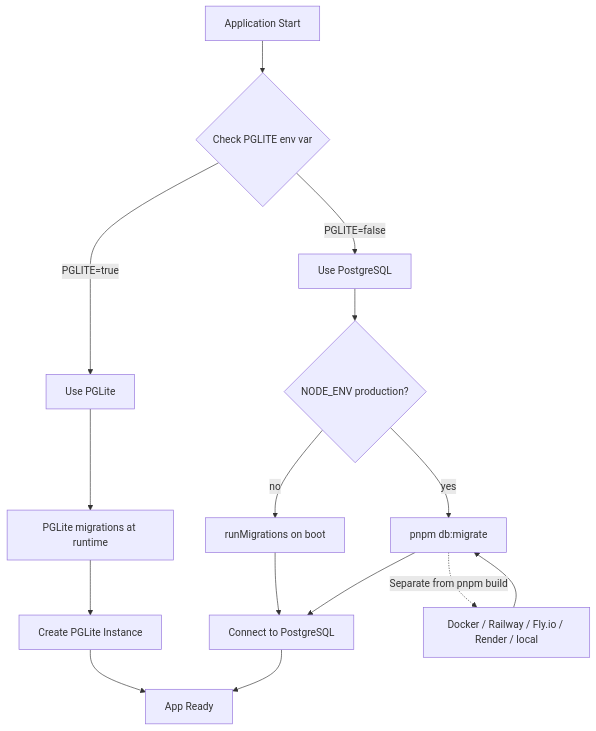
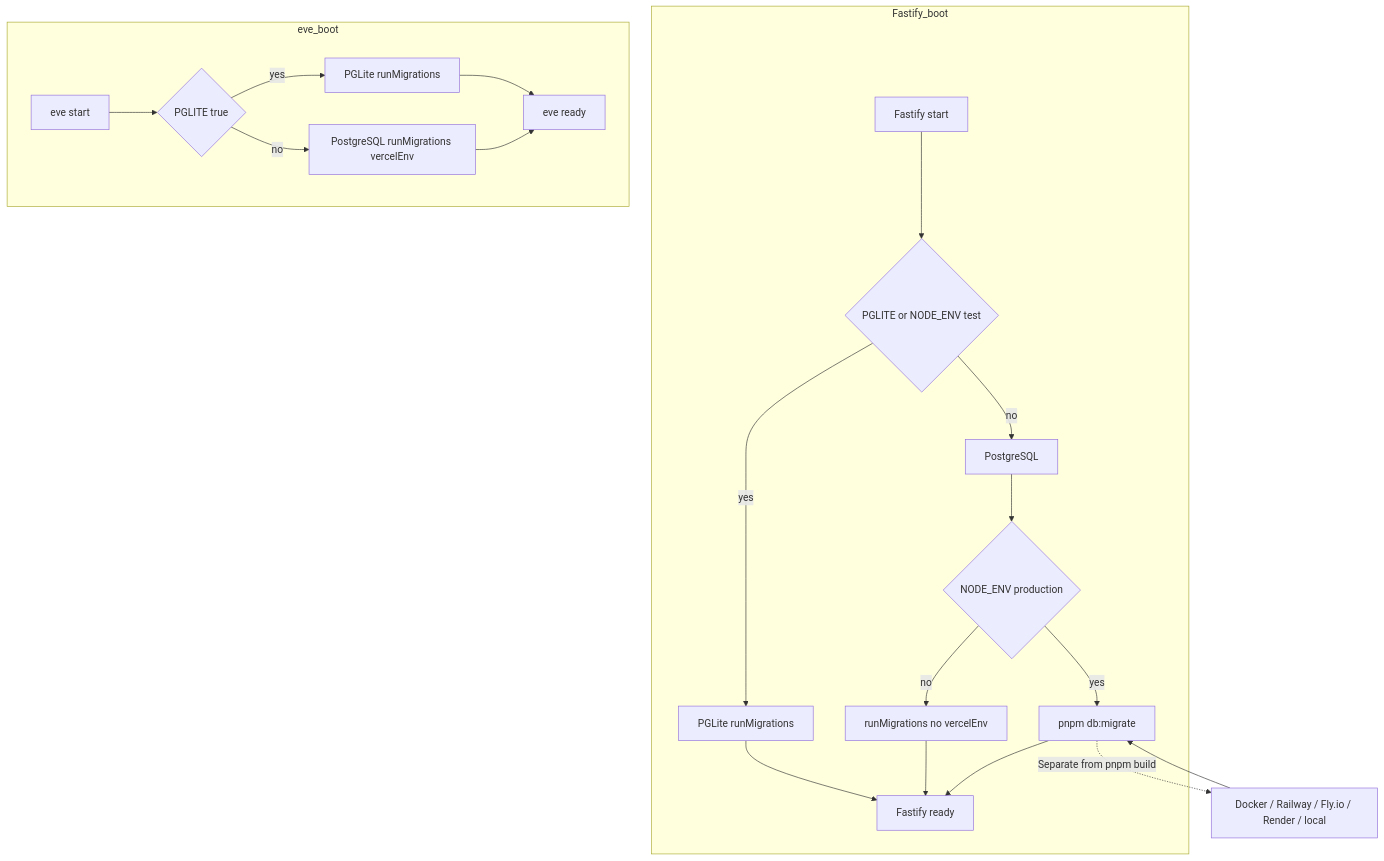
The diagram in apps/docu/content/docs/adrs/008-database.mdx (blockmatic/basilic), drawn with Mermaid before and after one commit. The commit also changed 15 other files, not shown here.

````diff
--- a/apps/docu/content/docs/adrs/008-database.mdx
+++ b/apps/docu/content/docs/adrs/008-database.mdx
@@ -170,20 +170,25 @@
 ```mermaid
 flowchart TD
-    Start[Application Start] --> CheckEnv{Check PGLITE env var}
-    CheckEnv -->|PGLITE=true| UsePGLite[Use PGLite]
-    CheckEnv -->|PGLITE=false| UsePostgres[Use PostgreSQL]
+  subgraph fastifyBoot [Fastify_boot]
+    FStart[Fastify start] --> FCheck{"PGLITE or NODE_ENV test"}
+    FCheck -->|yes| FLite[PGLite runMigrations]
+    FCheck -->|no| FPg[PostgreSQL]
+    FPg --> FProd{"NODE_ENV production"}
+    FProd -->|no| FDev[runMigrations no vercelEnv]
+    FProd -->|yes| MigratePhase[pnpm db:migrate]
+    FLite --> FReady[Fastify ready]
+    FDev --> FReady
+    MigratePhase --> FReady
+  end
 
-    UsePGLite --> RuntimeMigrate[PGLite migrations at runtime]
-    RuntimeMigrate --> CreateInstance[Create PGLite Instance]
-    CreateInstance --> AppReady[App Ready]
+  subgraph eveBoot [eve_boot]
+    EStart[eve start] --> ECheck{"PGLITE true"}
+    ECheck -->|yes| ELite[PGLite runMigrations]
+    ECheck -->|no| EPg[PostgreSQL runMigrations vercelEnv]
+    ELite --> EReady[eve ready]
+    EPg --> EReady
+  end
 
-    UsePostgres --> RuntimeOrBuild{NODE_ENV production?}
-    RuntimeOrBuild -->|no| DevMigrate[runMigrations on boot]
-    RuntimeOrBuild -->|yes| MigratePhase[pnpm db:migrate]
-    DevMigrate --> ConnectPG[Connect to PostgreSQL]
-    MigratePhase --> ConnectPG
-    ConnectPG --> AppReady
-
-    MigratePhase -.->|Separate from pnpm build| Deploy[Docker / Railway / Fly.io / Render / local]
-    Deploy --> MigratePhase
+  MigratePhase -.->|Separate from pnpm build| Deploy[Docker / Railway / Fly.io / Render / local]
+  Deploy --> MigratePhase
 ```
````
